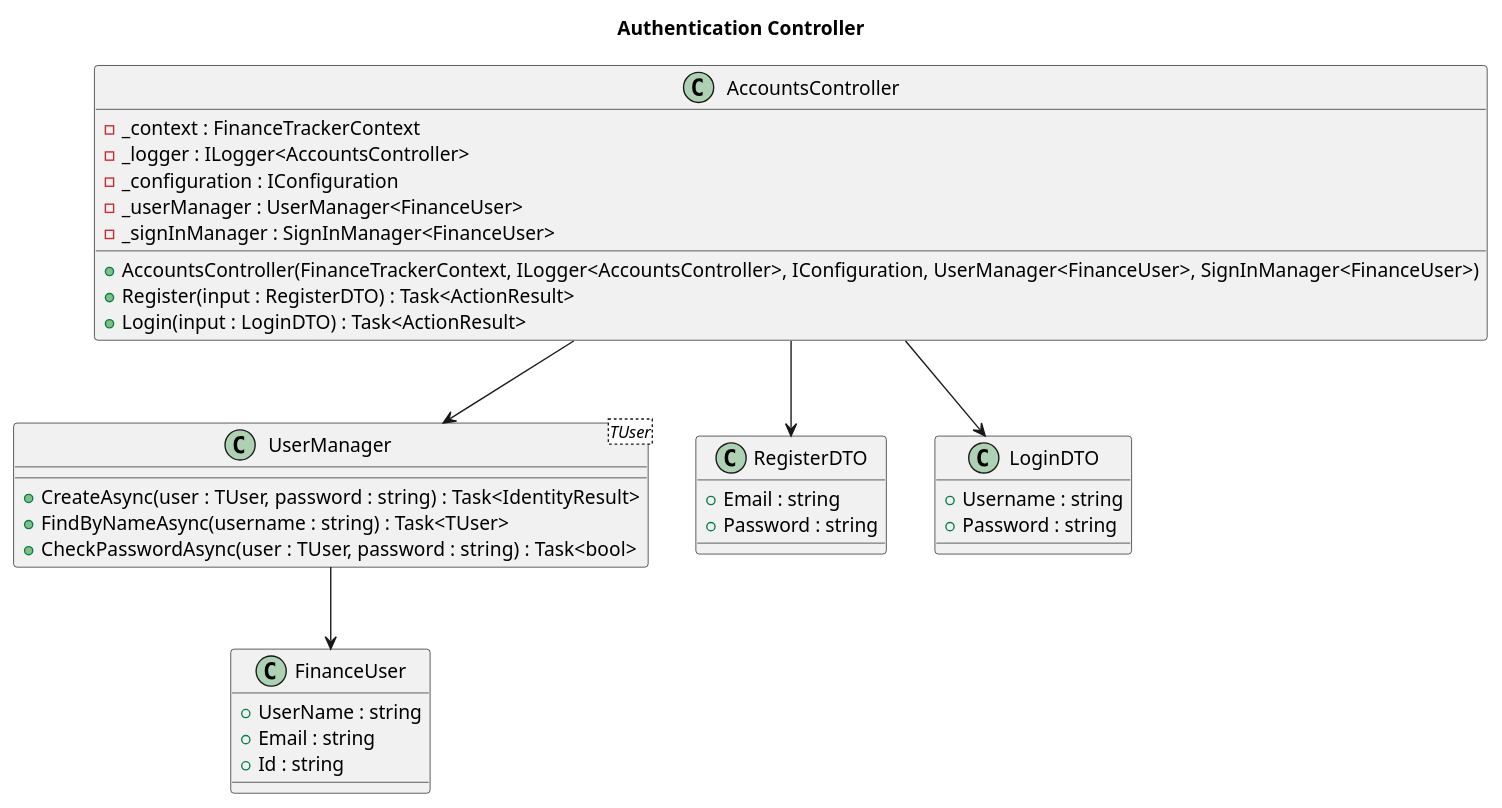
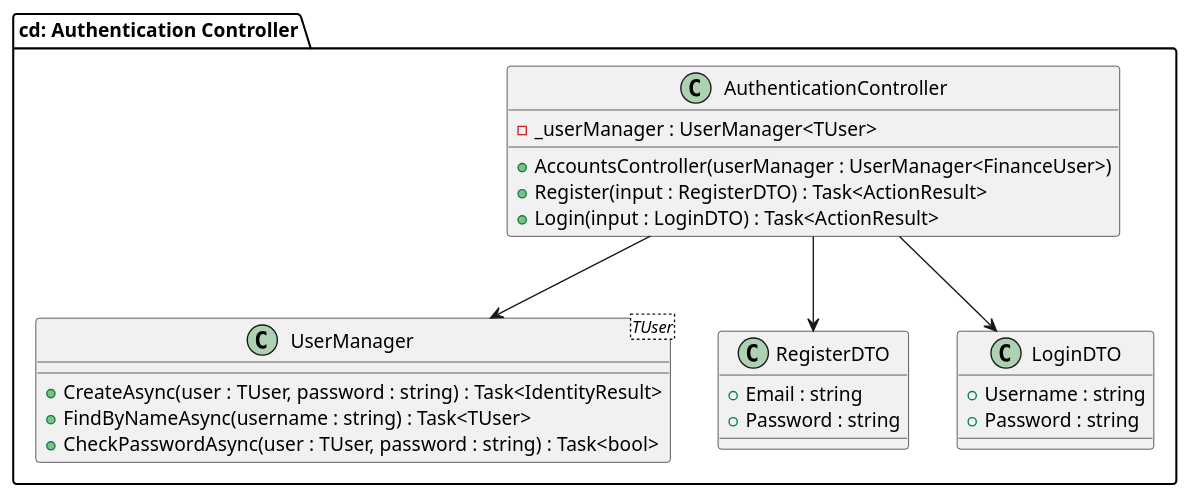
One commit to a-chiha/FinanceTrackerBackend changed the diagram in diagrams/backend/AccountControllerDiagram.puml. Above: the diagram before and after it, drawn with PlantUML. The commit also changed 18 other files, not shown here.

```diff
--- a/diagrams/backend/AccountControllerDiagram.puml
+++ b/diagrams/backend/AccountControllerDiagram.puml
@@ -1,51 +1,34 @@
 @startuml
-title Authentication Controller
-class AccountsController {
-    - _context : FinanceTrackerContext
-    - _logger : ILogger<AccountsController>
-    - _configuration : IConfiguration
-    - _userManager : UserManager<FinanceUser>
-    - _signInManager : SignInManager<FinanceUser>
-    + AccountsController(FinanceTrackerContext, ILogger<AccountsController>, IConfiguration, UserManager<FinanceUser>, SignInManager<FinanceUser>)
+package "cd: Authentication Controller" {
+
+class AuthenticationController {
+    - _userManager : UserManager<TUser>
+    + AccountsController(userManager : UserManager<FinanceUser>)
     + Register(input : RegisterDTO) : Task<ActionResult>
     + Login(input : LoginDTO) : Task<ActionResult>
 }
 
-' interface ILogger<T> {
-'     + LogInformation(message : string, params object[] args) : void
-' }
-
-' interface IConfiguration {
-'     // Add configuration-related methods if needed
-' }
 
 class UserManager<TUser> {
     + CreateAsync(user : TUser, password : string) : Task<IdentityResult>
     + FindByNameAsync(username : string) : Task<TUser>
     + CheckPasswordAsync(user : TUser, password : string) : Task<bool>
 }
 
 
-class FinanceUser {
-    + UserName : string
-    + Email : string
-    + Id : string
-}
 
 class RegisterDTO {
     + Email : string
     + Password : string
 }
 
 class LoginDTO {
     + Username : string
     + Password : string
 }
 
-AccountsController --> UserManager
-' AccountsController --> SignInManager
-AccountsController --> RegisterDTO
-AccountsController --> LoginDTO
-UserManager --> FinanceUser
+AuthenticationController --> UserManager
+AuthenticationController --> RegisterDTO
+AuthenticationController --> LoginDTO
 
 @enduml
```
